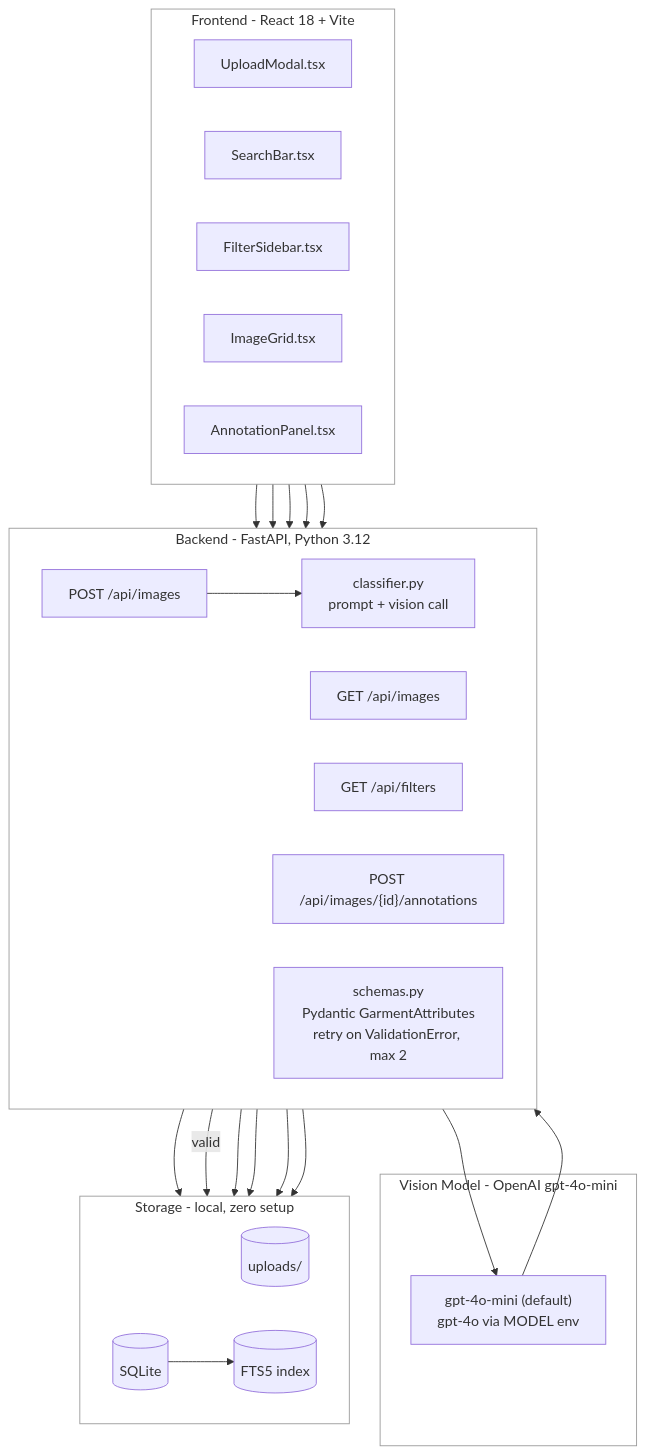
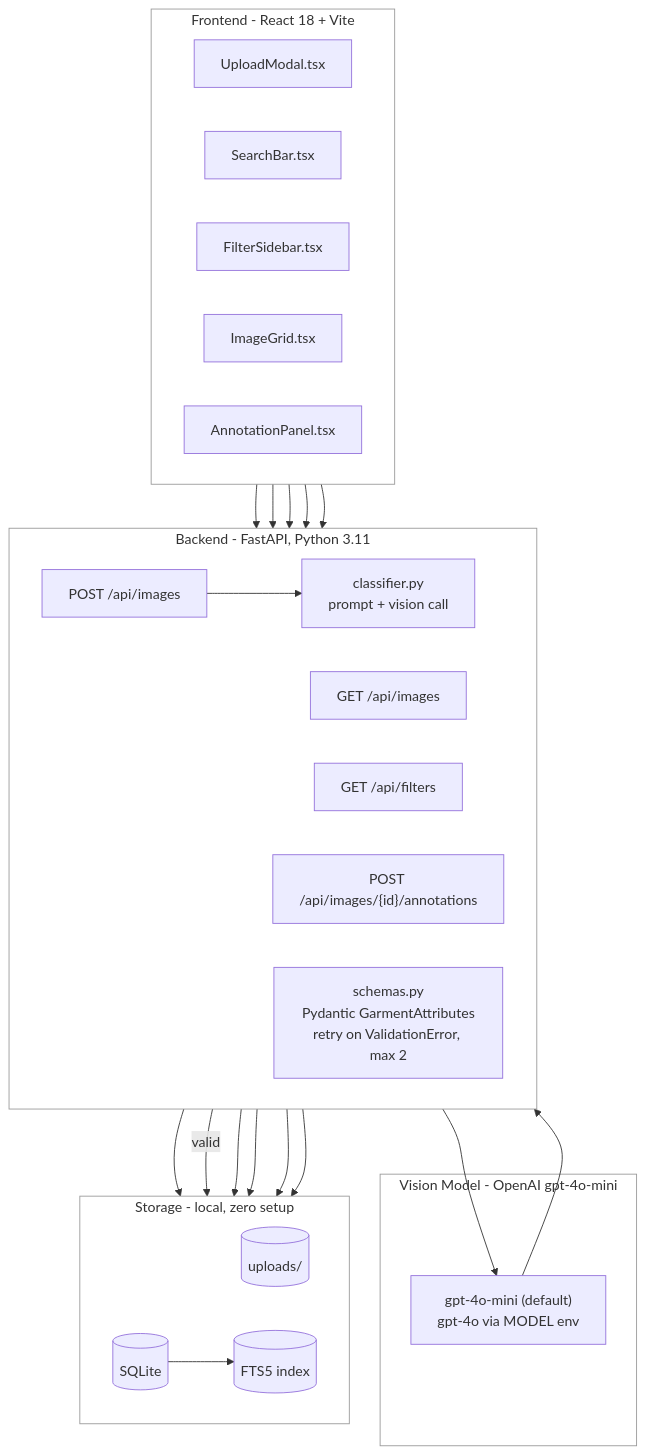
Before and after one commit to lohith2/Trendlens: the first of 2 diagrams in Design.md, drawn with Mermaid. The commit also changed other lines of this file and 1 other file, not shown here.

````diff
--- a/Design.md
+++ b/Design.md
@@ -11,55 +11,55 @@
 ```mermaid
 flowchart TB
     subgraph FE["Frontend - React 18 + Vite"]
         direction LR
         UploadModal["UploadModal.tsx"]
         SearchBar["SearchBar.tsx"]
         FilterSidebar["FilterSidebar.tsx"]
         ImageGrid["ImageGrid.tsx"]
         AnnotationPanel["AnnotationPanel.tsx"]
     end
 
-    subgraph BE["Backend - FastAPI, Python 3.12"]
+    subgraph BE["Backend - FastAPI, Python 3.11"]
         direction LR
         UploadRoute["POST /api/images"]
         ListRoute["GET /api/images"]
         FacetsRoute["GET /api/filters"]
         AnnotRoute["POST /api/images/{id}/annotations"]
         Classifier["classifier.py<br/>prompt + vision call"]
         Parser["schemas.py<br/>Pydantic GarmentAttributes<br/>retry on ValidationError, max 2"]
     end
 
     subgraph LLM["Vision Model - OpenAI gpt-4o-mini"]
         Mini["gpt-4o-mini (default)<br/>gpt-4o via MODEL env"]
     end
 
     subgraph DATA["Storage - local, zero setup"]
         direction LR
         Files[("uploads/")]
         SQLite[("SQLite")]
         FTS[("FTS5 index")]
     end
 
     UploadModal --> UploadRoute
     SearchBar --> ListRoute
     FilterSidebar --> FacetsRoute
     ImageGrid --> ListRoute
     AnnotationPanel --> AnnotRoute
 
     UploadRoute --> Files
     UploadRoute --> Classifier
     Classifier --> Mini
     Mini --> Parser
     Parser -->|"valid"| SQLite
 
     ListRoute --> SQLite
     ListRoute --> FTS
     FacetsRoute --> SQLite
     AnnotRoute --> SQLite
     SQLite --> FTS
 
     style FE fill:none,stroke:#999999
     style BE fill:none,stroke:#999999
     style LLM fill:none,stroke:#999999
     style DATA fill:none,stroke:#999999
 ```
````
